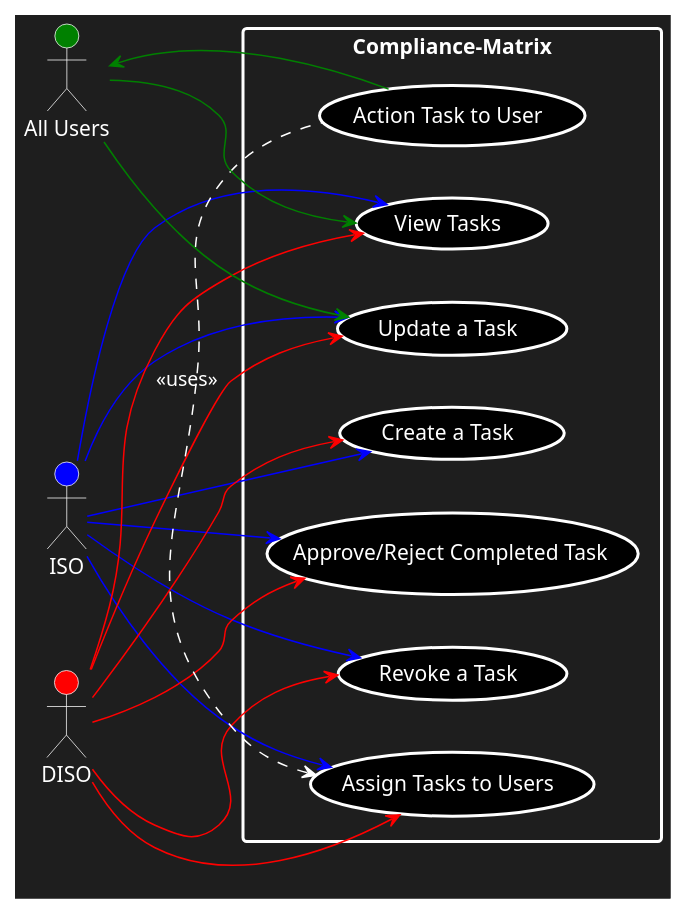
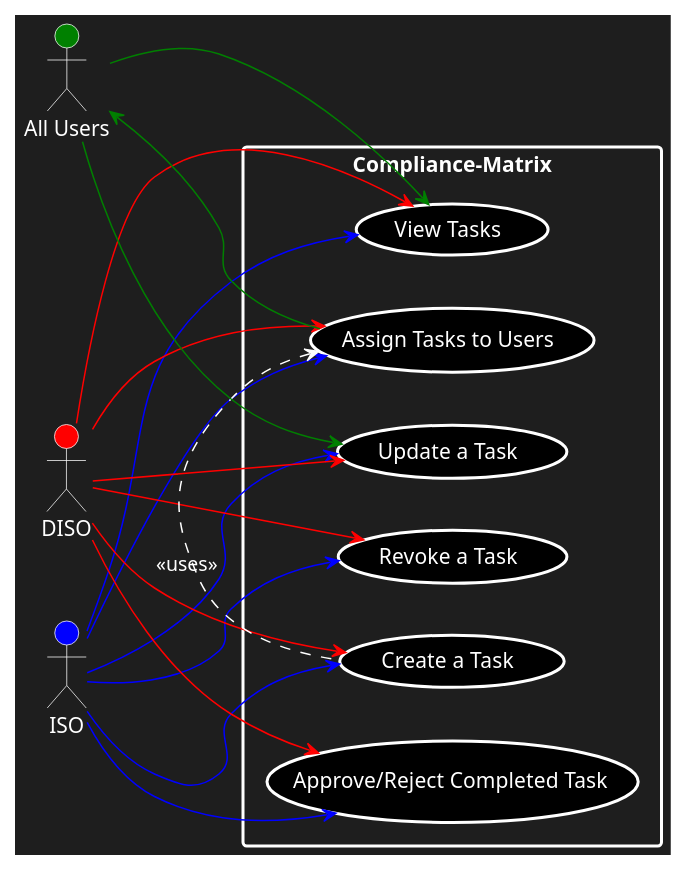
Before and after one commit to COS301-SE-2023/InfoSafe: the diagram in Documentation/Diagrams/Compliance-Matrix.puml, drawn with PlantUML.

Commit message:
Updated ComplMatrix UC diagram

```diff
--- a/Documentation/Diagrams/Compliance-Matrix.puml
+++ b/Documentation/Diagrams/Compliance-Matrix.puml
@@ -1,32 +1,31 @@
 @startuml
 skinparam backgroundColor #1e1e1e
 left to right direction
 actor "ISO" as iso #blue;text:white;line:white
 actor "DISO" as diso #red;text:white;line:white
 actor "All Users" as all #green;text:white;line:white
 rectangle Compliance-Matrix #text:white;line.bold;line:white {
   usecase "Create a Task" as UC1 #black;text:white;line.bold;line:white
   usecase "Update a Task" as UC2 #black;text:white;line.bold;line:white
   usecase "Revoke a Task" as UC3 #black;text:white;line.bold;line:white
   usecase "Assign Tasks to Users" as UC4 #black;text:white;line.bold;line:white
-  usecase "Action Task to User" as UC5 #black;text:white;line.bold;line:white
   usecase "View Tasks" as UC6 #black;text:white;line.bold;line:white
   usecase "Approve/Reject Completed Task" as UC7 #black;text:white;line.bold;line:white
 }
 iso -[#blue]-> UC1
 iso -[#blue]-> UC2
 iso -[#blue]-> UC3
 iso -[#blue]-> UC4
 iso -[#blue]-> UC6
 iso -[#blue]-> UC7
 diso -[#red]-> UC1
 diso -[#red]-> UC2
 diso -[#red]-> UC3
 diso -[#red]-> UC4
 diso -[#red]-> UC6
 diso -[#red]-> UC7
-UC4 <. (UC5) #line:white;text:white : <<uses>>
+UC4 <. (UC1) #line:white;text:white : <<uses>>
 all -[#green]-> UC6
 all -[#green]-> UC2
-UC5 -[#green]-> all
+UC4 -[#green]-> all
 @enduml
```
